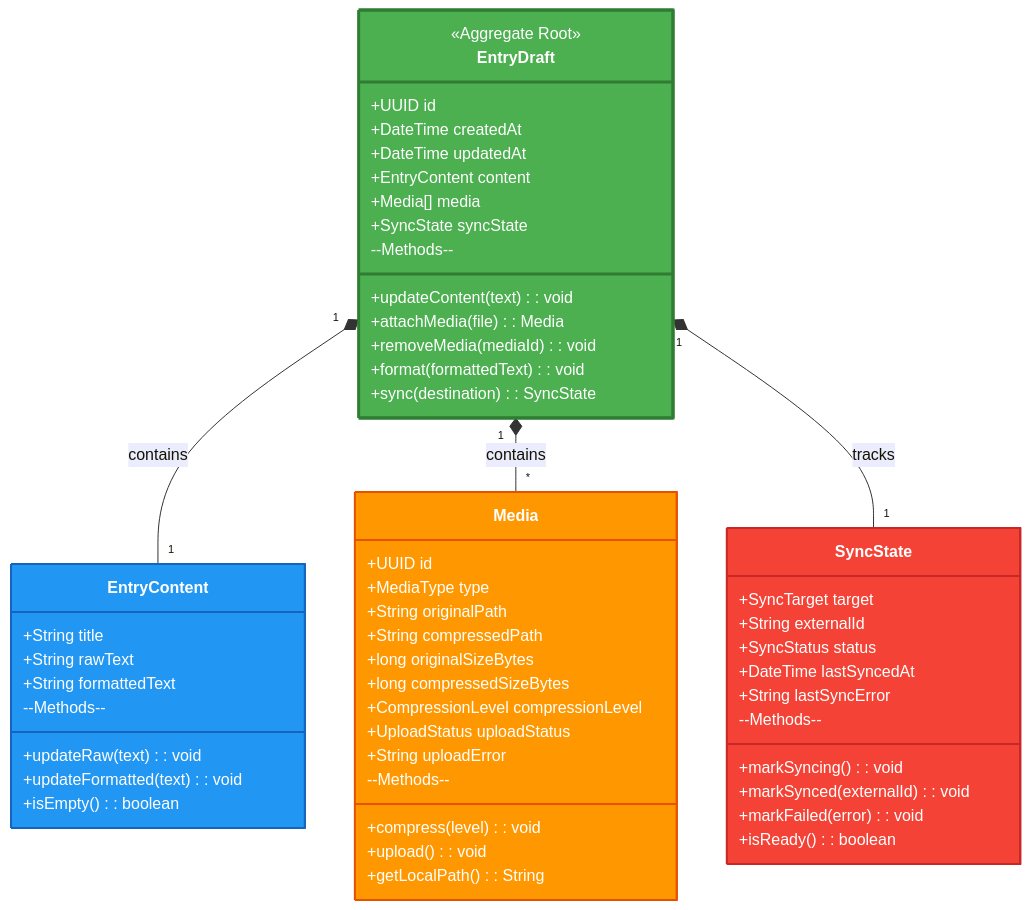
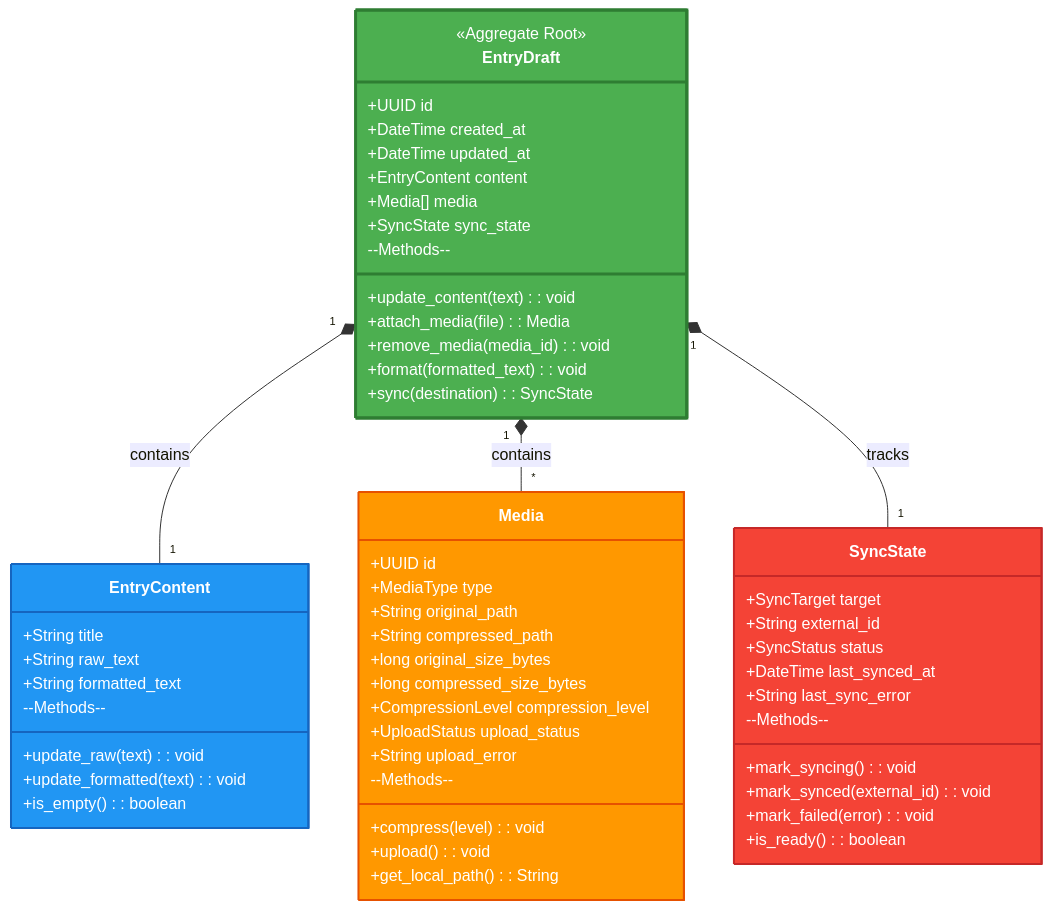
The first of 4 diagrams in docs/architecture/domain-models.md (sosaagbontaen/codename_promise), drawn with Mermaid before and after one commit. The commit also changed other lines of this file, not shown here.

````diff
--- a/docs/architecture/domain-models.md
+++ b/docs/architecture/domain-models.md
@@ -9,72 +9,72 @@
 ```mermaid
 classDiagram
     class EntryDraft {
         <<Aggregate Root>>
 
         +UUID id
-        +DateTime createdAt
-        +DateTime updatedAt
+        +DateTime created_at
+        +DateTime updated_at
 
         +EntryContent content
         +Media[] media
-        +SyncState syncState
+        +SyncState sync_state
 
         --Methods--
-        +updateContent(text): void
-        +attachMedia(file): Media
-        +removeMedia(mediaId): void
-        +format(formattedText): void
+        +update_content(text): void
+        +attach_media(file): Media
+        +remove_media(media_id): void
+        +format(formatted_text): void
         +sync(destination): SyncState
     }
 
     class EntryContent {
         +String title
-        +String rawText
-        +String formattedText
+        +String raw_text
+        +String formatted_text
 
         --Methods--
-        +updateRaw(text): void
-        +updateFormatted(text): void
-        +isEmpty(): boolean
+        +update_raw(text): void
+        +update_formatted(text): void
+        +is_empty(): boolean
     }
 
     class Media {
         +UUID id
         +MediaType type
-        +String originalPath
-        +String compressedPath
-        +long originalSizeBytes
-        +long compressedSizeBytes
-        +CompressionLevel compressionLevel
-        +UploadStatus uploadStatus
-        +String uploadError
+        +String original_path
+        +String compressed_path
+        +long original_size_bytes
+        +long compressed_size_bytes
+        +CompressionLevel compression_level
+        +UploadStatus upload_status
+        +String upload_error
 
         --Methods--
         +compress(level): void
         +upload(): void
-        +getLocalPath(): String
+        +get_local_path(): String
     }
 
     class SyncState {
         +SyncTarget target
-        +String externalId
+        +String external_id
         +SyncStatus status
-        +DateTime lastSyncedAt
-        +String lastSyncError
+        +DateTime last_synced_at
+        +String last_sync_error
 
         --Methods--
-        +markSyncing(): void
-        +markSynced(externalId): void
-        +markFailed(error): void
-        +isReady(): boolean
+        +mark_syncing(): void
+        +mark_synced(external_id): void
+        +mark_failed(error): void
+        +is_ready(): boolean
     }
 
     EntryDraft "1" *-- "1" EntryContent : contains
     EntryDraft "1" *-- "*" Media : contains
     EntryDraft "1" *-- "1" SyncState : tracks
 
     style EntryDraft fill:#4CAF50,stroke:#2E7D32,stroke-width:3px,color:#fff
     style EntryContent fill:#2196F3,stroke:#1565C0,stroke-width:2px,color:#fff
     style Media fill:#FF9800,stroke:#E65100,stroke-width:2px,color:#fff
     style SyncState fill:#F44336,stroke:#C62828,stroke-width:2px,color:#fff
 ```
````
